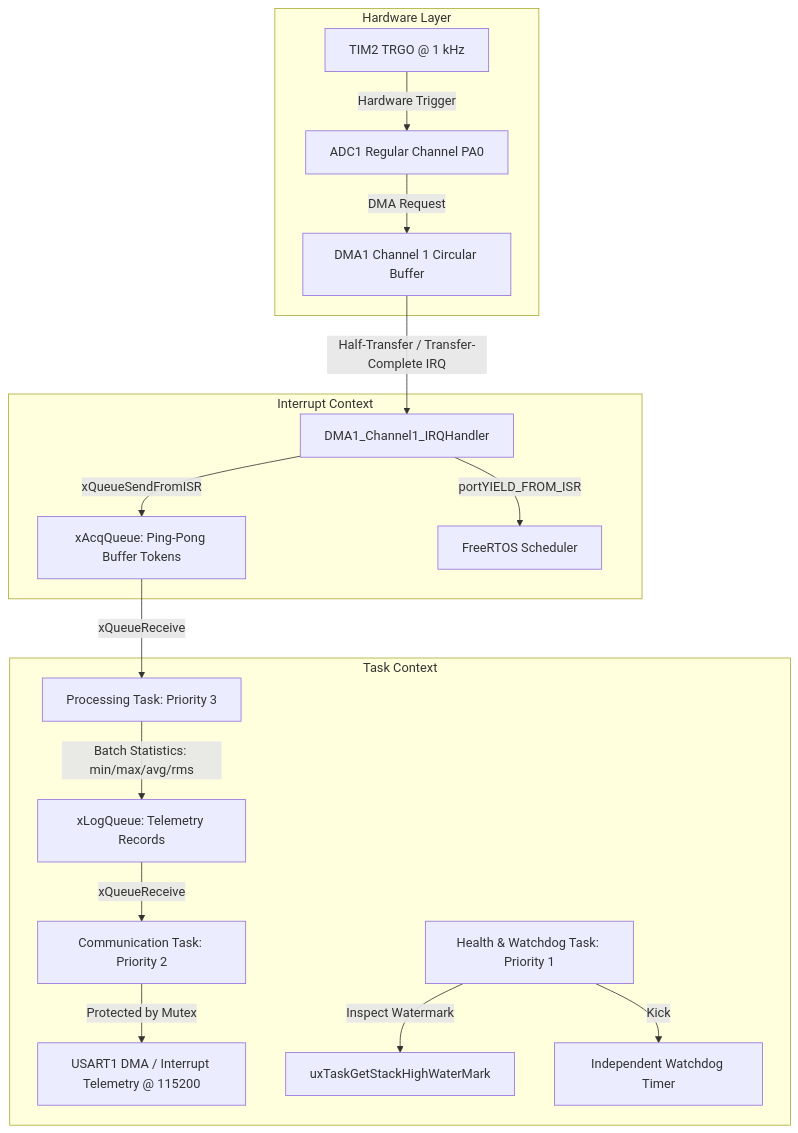
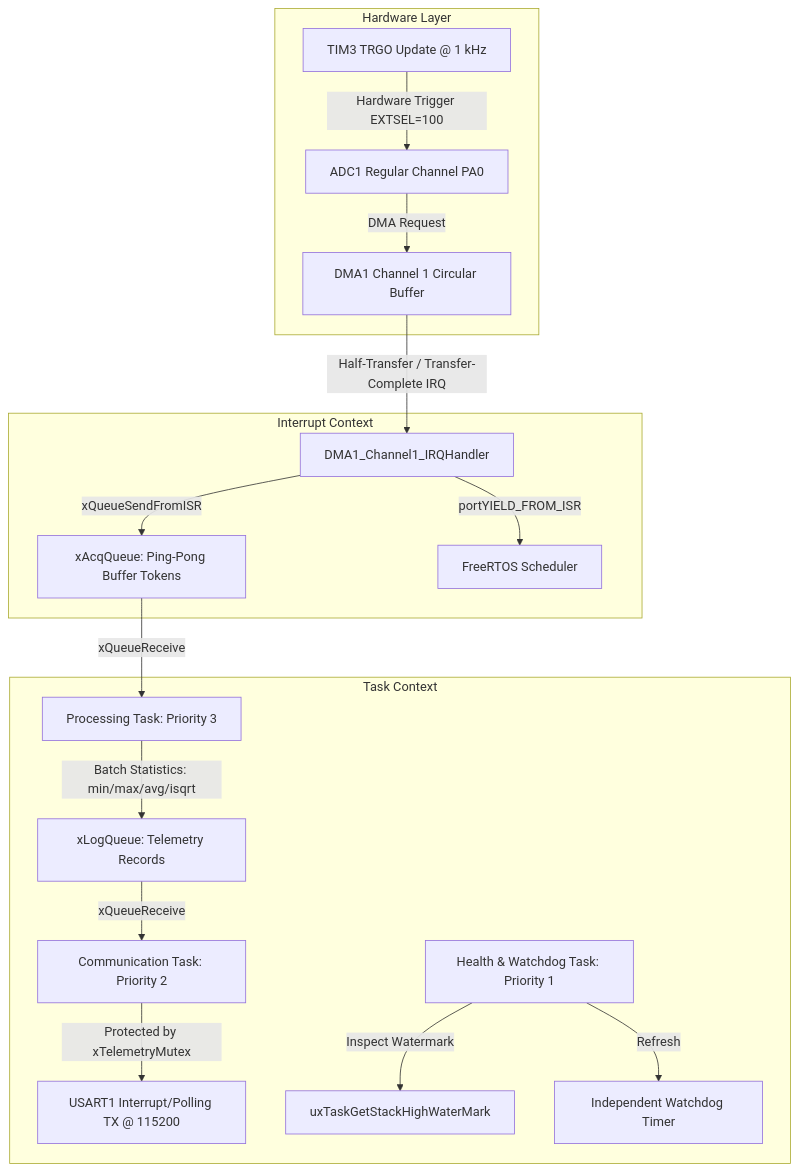
The fourth of 5 diagrams in research/phase-2/2026-09-03-stm32-freertos-curriculum-design.md (CN-JJB/embed-system), drawn with Mermaid before and after one commit. The commit also changed other lines of this file and 1 other file, not shown here.

Commit message:
review: resolve Leader Rework #1 S3 hardware path and S2 blockers

````diff
--- a/research/phase-2/2026-09-03-stm32-freertos-curriculum-design.md
+++ b/research/phase-2/2026-09-03-stm32-freertos-curriculum-design.md
@@ -750,23 +777,23 @@
 ```mermaid
 graph TD
     subgraph Hardware Layer
-        TIMER[TIM2 TRGO @ 1 kHz] -->|Hardware Trigger| ADC[ADC1 Regular Channel PA0]
+        TIMER[TIM3 TRGO Update @ 1 kHz] -->|Hardware Trigger EXTSEL=100| ADC[ADC1 Regular Channel PA0]
         ADC -->|DMA Request| DMA[DMA1 Channel 1 Circular Buffer]
     end
 
     subgraph Interrupt Context
         DMA -->|Half-Transfer / Transfer-Complete IRQ| ISR[DMA1_Channel1_IRQHandler]
         ISR -->|xQueueSendFromISR| ACQ_Q[xAcqQueue: Ping-Pong Buffer Tokens]
         ISR -->|portYIELD_FROM_ISR| SCHED[FreeRTOS Scheduler]
     end
 
     subgraph Task Context
         ACQ_Q -->|xQueueReceive| TASK_PROC[Processing Task: Priority 3]
-        TASK_PROC -->|Batch Statistics: min/max/avg/rms| LOG_Q[xLogQueue: Telemetry Records]
+        TASK_PROC -->|Batch Statistics: min/max/avg/isqrt| LOG_Q[xLogQueue: Telemetry Records]
         LOG_Q -->|xQueueReceive| TASK_COMM[Communication Task: Priority 2]
-        TASK_COMM -->|Protected by Mutex| USART[USART1 DMA / Interrupt Telemetry @ 115200]
+        TASK_COMM -->|Protected by xTelemetryMutex| USART[USART1 Interrupt/Polling TX @ 115200]
         
         TASK_HEALTH[Health & Watchdog Task: Priority 1] -->|Inspect Watermark| WATERMARK[uxTaskGetStackHighWaterMark]
-        TASK_HEALTH -->|Kick| IWDG[Independent Watchdog Timer]
+        TASK_HEALTH -->|Refresh| IWDG[Independent Watchdog Timer]
     end
 ```
````
